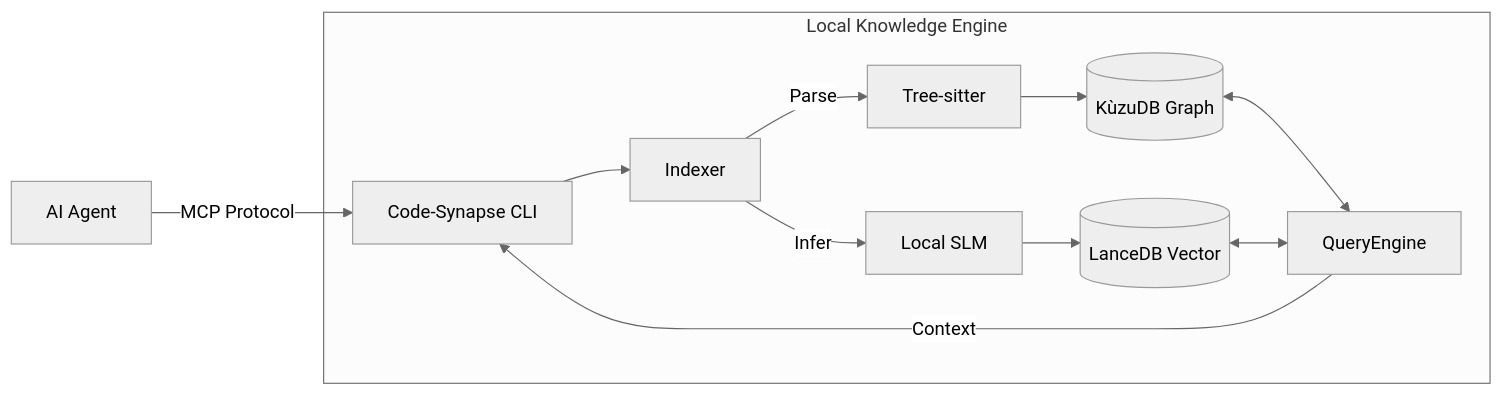
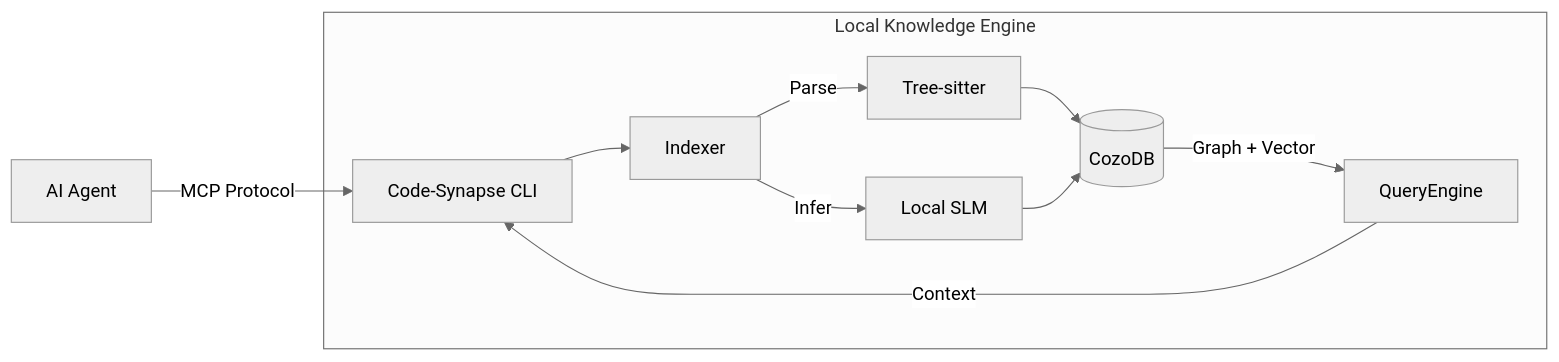
The diagram in README.md (AutoRail-AI/code-synapse), drawn with Mermaid (neutral theme) before and after one commit. The commit also changed other lines of this file and 33 other files, not shown here.

````diff
--- a/README.md
+++ b/README.md
@@ -109,19 +139,18 @@
 ```mermaid
 graph LR
     User[AI Agent] -->|MCP Protocol| Sidecar[Code-Synapse CLI]
-    
+
     subgraph "Local Knowledge Engine"
         Sidecar --> Indexer
         Indexer -->|Parse| AST[Tree-sitter]
         Indexer -->|Infer| LLM[Local SLM]
-        
-        AST --> Graph[(KùzuDB Graph)]
-        LLM --> Vector[(LanceDB Vector)]
-        
-        Graph <--> QueryEngine
-        Vector <--> QueryEngine
-        
+
+        AST --> DB[(CozoDB)]
+        LLM --> DB
+
+        DB -->|Graph + Vector| QueryEngine
+
         QueryEngine -->|Context| Sidecar
     end
 
 ```
````
